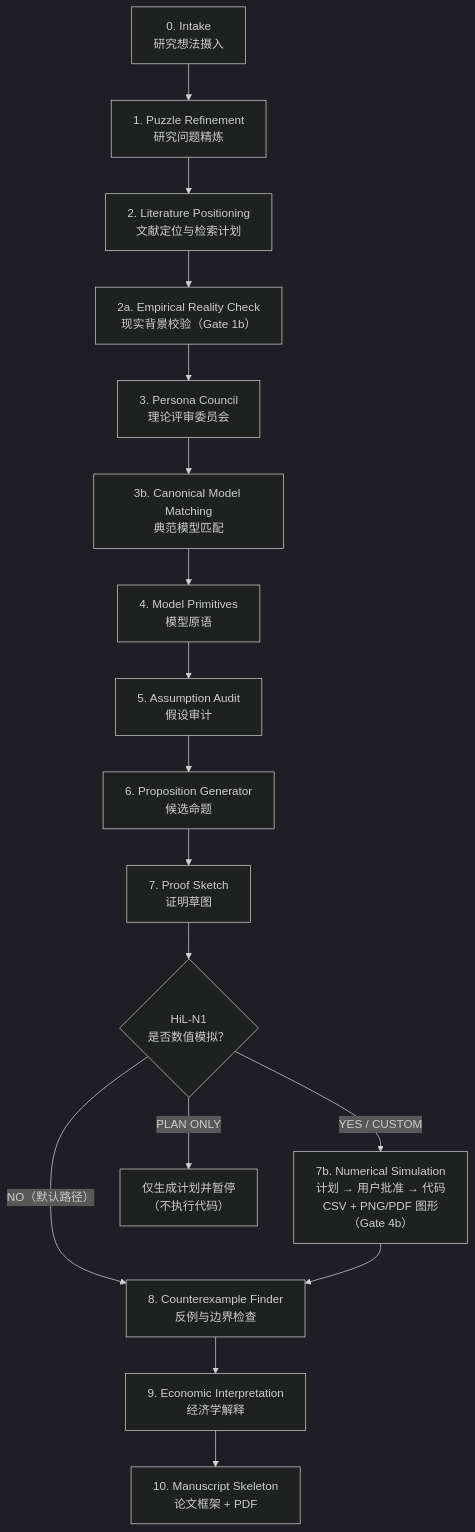
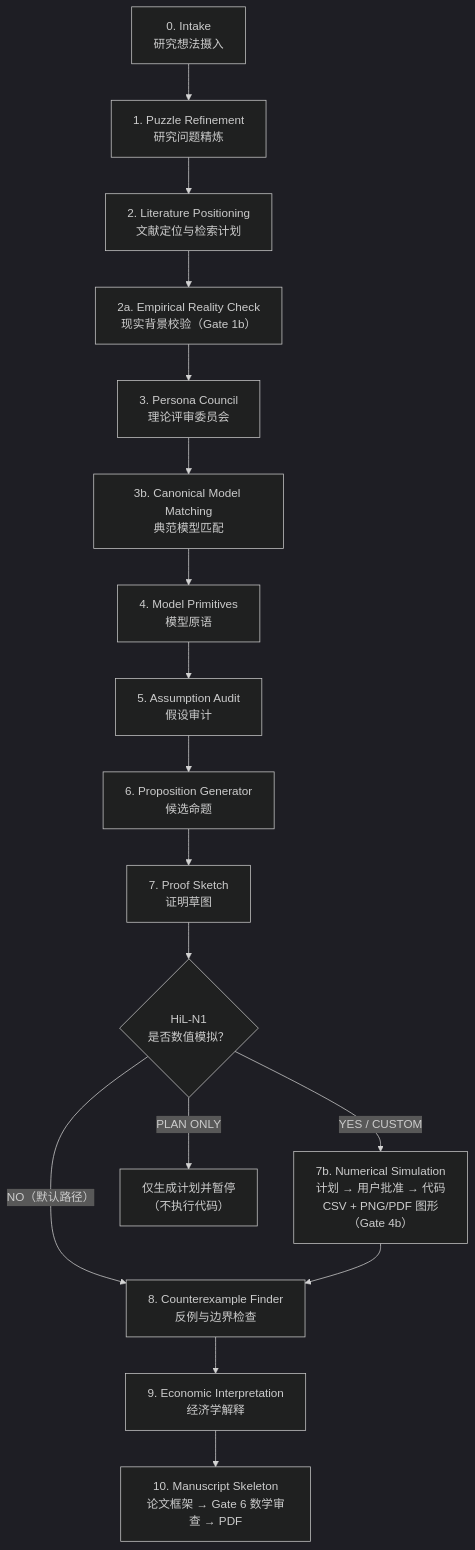
Before and after one commit to maxwell2732/pAI-Econ-claude: the diagram in README.md, drawn with Mermaid (dark theme). The commit also changed other lines of this file and 1 other file, not shown here.

First line of the commit message:
README: Add Gate 6 module introduction to both READMEs, bump last-updated date

````diff
--- a/README.md
+++ b/README.md
@@ -327,19 +341,19 @@
 ```mermaid
 flowchart TD
     A["0. Intake<br/>研究想法摄入"] --> B["1. Puzzle Refinement<br/>研究问题精炼"]
     B --> C["2. Literature Positioning<br/>文献定位与检索计划"]
     C --> C2["2a. Empirical Reality Check<br/>现实背景校验（Gate 1b）"]
     C2 --> D["3. Persona Council<br/>理论评审委员会"]
     D --> E["3b. Canonical Model Matching<br/>典范模型匹配"]
     E --> F["4. Model Primitives<br/>模型原语"]
     F --> G["5. Assumption Audit<br/>假设审计"]
     G --> H["6. Proposition Generator<br/>候选命题"]
     H --> I["7. Proof Sketch<br/>证明草图"]
     I --> N1{"HiL-N1<br/>是否数值模拟？"}
     N1 -- "NO（默认路径）" --> J["8. Counterexample Finder<br/>反例与边界检查"]
     N1 -- "YES / CUSTOM" --> N2["7b. Numerical Simulation<br/>计划 → 用户批准 → 代码<br/>CSV + PNG/PDF 图形<br/>（Gate 4b）"]
     N1 -- "PLAN ONLY" --> NP["仅生成计划并暂停<br/>（不执行代码）"]
     N2 --> J
     J --> K["9. Economic Interpretation<br/>经济学解释"]
-    K --> L["10. Manuscript Skeleton<br/>论文框架 + PDF"]
+    K --> L["10. Manuscript Skeleton<br/>论文框架 → Gate 6 数学审查 → PDF"]
 ```
````
